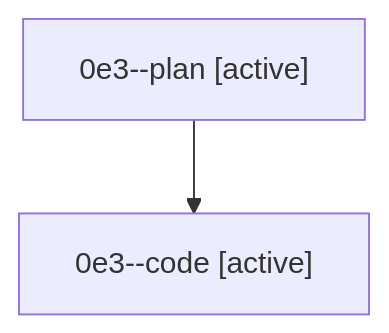
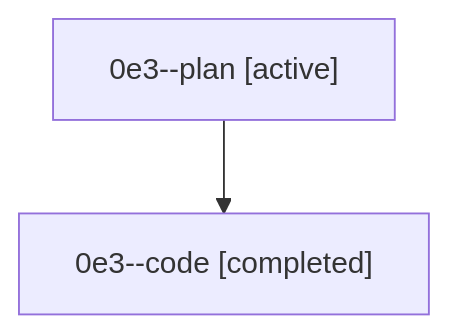
The diagram in families/bbugyi200.athena.0e3.md (sase-org/sase--agents), drawn with Mermaid before and after one commit. The commit also changed other lines of this file and 35830 other files, not shown here.

````diff
--- a/families/bbugyi200.athena.0e3.md
+++ b/families/bbugyi200.athena.0e3.md
@@ -9,6 +9,6 @@
 ```mermaid
 flowchart TD
   n0["0e3--plan [active]"]
-  n1["0e3--code [active]"]
+  n1["0e3--code [completed]"]
   n0 --> n1
 ```
````
